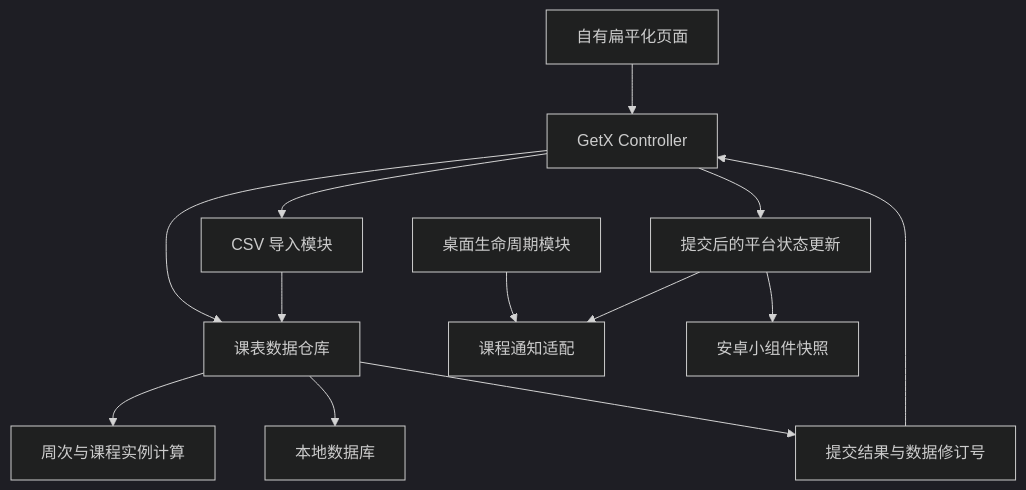
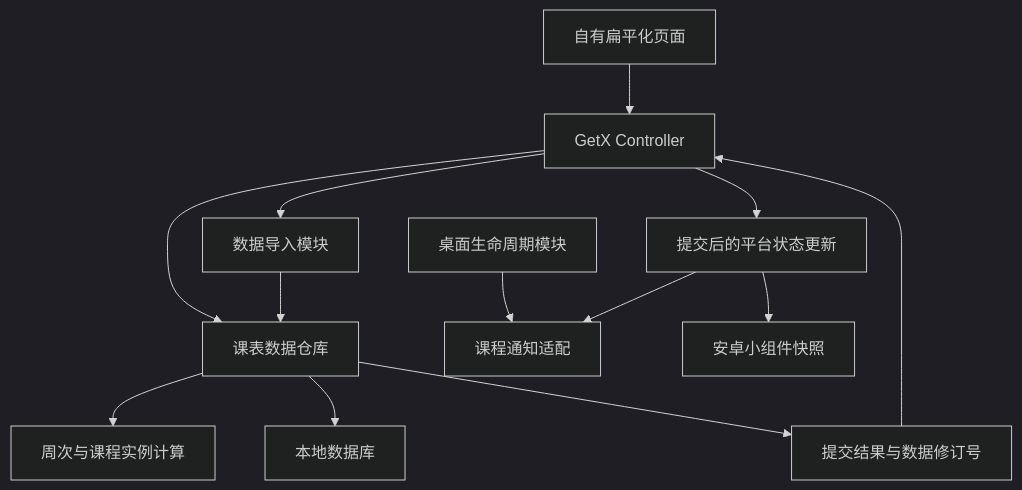
The diagram in docs/DESIGN.md (QingheProject/Qinghe), drawn with Mermaid (dark theme) before and after one commit. The commit also changed other lines of this file and 41 other files, not shown here.

````diff
--- a/docs/DESIGN.md
+++ b/docs/DESIGN.md
@@ -108,15 +120,15 @@
 ```mermaid
 flowchart TD
     View[自有扁平化页面] --> Controller[GetX Controller]
     Controller --> Repository[课表数据仓库]
-    Controller --> Importer[CSV 导入模块]
+    Controller --> Importer[数据导入模块]
     Importer --> Repository
     Repository --> Rules[周次与课程实例计算]
     Repository --> DB[本地数据库]
     Repository --> Result[提交结果与数据修订号]
     Result --> Controller
     Controller --> Integrations[提交后的平台状态更新]
     Integrations --> Notice[课程通知适配]
     Integrations --> Widget[安卓小组件快照]
     Desktop[桌面生命周期模块] --> Notice
 ```
````
